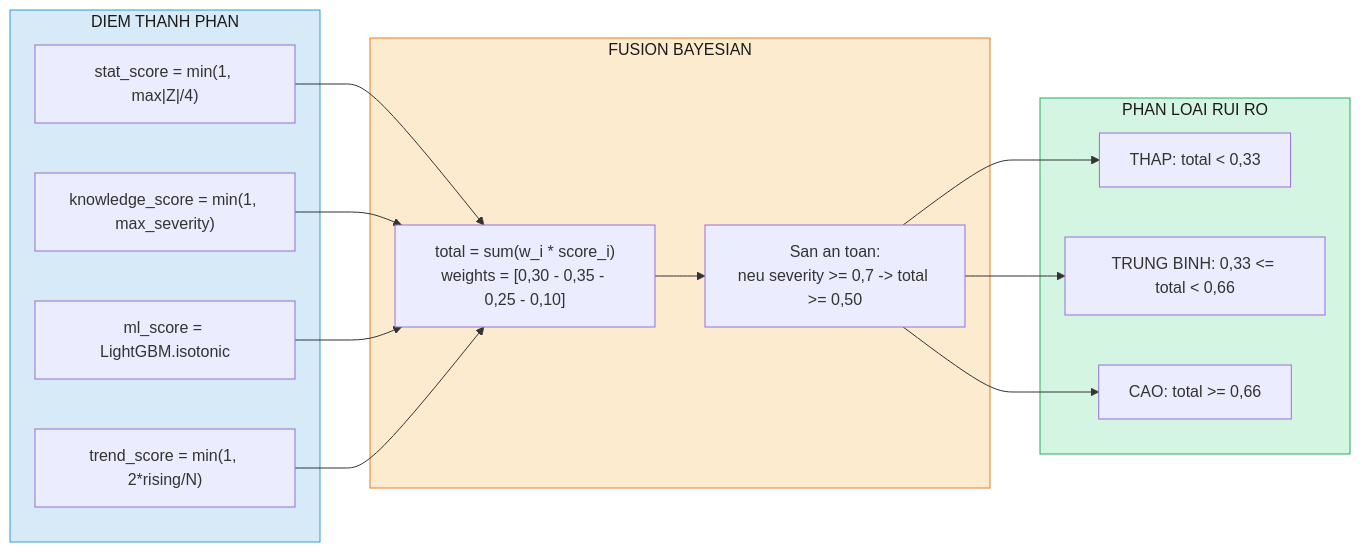
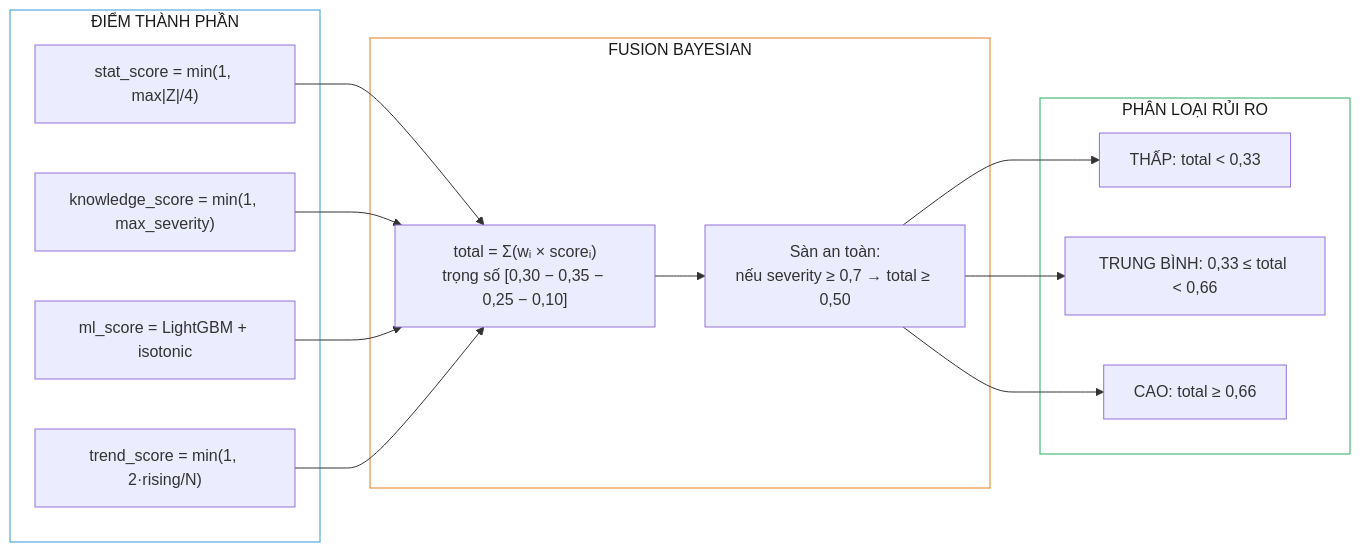
Before and after one commit to dotlinux26/health-risk-early-warning: the diagram in docs/figures/fig10_tier3_fusion.mmd, drawn with Mermaid. The commit also changed 8 other files, not shown here.

Commit message:
fig7-10: đổi sang mermaid block, tiếng Việt đủ dấu, bỏ nền; xóa plot matplotlib

```diff
--- a/docs/figures/fig10_tier3_fusion.mmd
+++ b/docs/figures/fig10_tier3_fusion.mmd
@@ -1,33 +1,31 @@
 flowchart LR
-    subgraph COMP["DIEM THANH PHAN"]
+    subgraph COMP["ĐIỂM THÀNH PHẦN"]
         C1["stat_score = min(1, max|Z|/4)"]
         C2["knowledge_score = min(1, max_severity)"]
-        C3["ml_score = LightGBM.isotonic"]
-        C4["trend_score = min(1, 2*rising/N)"]
+        C3["ml_score = LightGBM + isotonic"]
+        C4["trend_score = min(1, 2·rising/N)"]
     end
 
     subgraph FUS["FUSION BAYESIAN"]
-        F1["total = sum(w_i * score_i)
-weights = [0,30 - 0,35 - 0,25 - 0,10]"]
-        F2["San an toan:
-neu severity >= 0,7 -> total >= 0,50"]
+        F1["total = Σ(wᵢ × scoreᵢ)<br/>trọng số [0,30 − 0,35 − 0,25 − 0,10]"]
+        F2["Sàn an toàn:<br/>nếu severity ≥ 0,7 → total ≥ 0,50"]
     end
 
-    subgraph THRESH["PHAN LOAI RUI RO"]
-        T1["THAP: total < 0,33"]
-        T2["TRUNG BINH: 0,33 <= total < 0,66"]
-        T3["CAO: total >= 0,66"]
+    subgraph THRESH["PHÂN LOẠI RỦI RO"]
+        T1["THẤP: total < 0,33"]
+        T2["TRUNG BÌNH: 0,33 ≤ total < 0,66"]
+        T3["CAO: total ≥ 0,66"]
     end
 
     C1 --> F1
     C2 --> F1
     C3 --> F1
     C4 --> F1
     F1 --> F2
     F2 --> T1
     F2 --> T2
     F2 --> T3
 
-    style COMP fill:#d6eaf8,stroke:#3498db,color:#1a1a1a
-    style FUS fill:#fdebd0,stroke:#e67e22,color:#1a1a1a
-    style THRESH fill:#d5f5e3,stroke:#27ae60,color:#1a1a1a
+    style COMP fill:#ffffff,stroke:#3498db,color:#1a1a1a
+    style FUS fill:#ffffff,stroke:#e67e22,color:#1a1a1a
+    style THRESH fill:#ffffff,stroke:#27ae60,color:#1a1a1a
```
